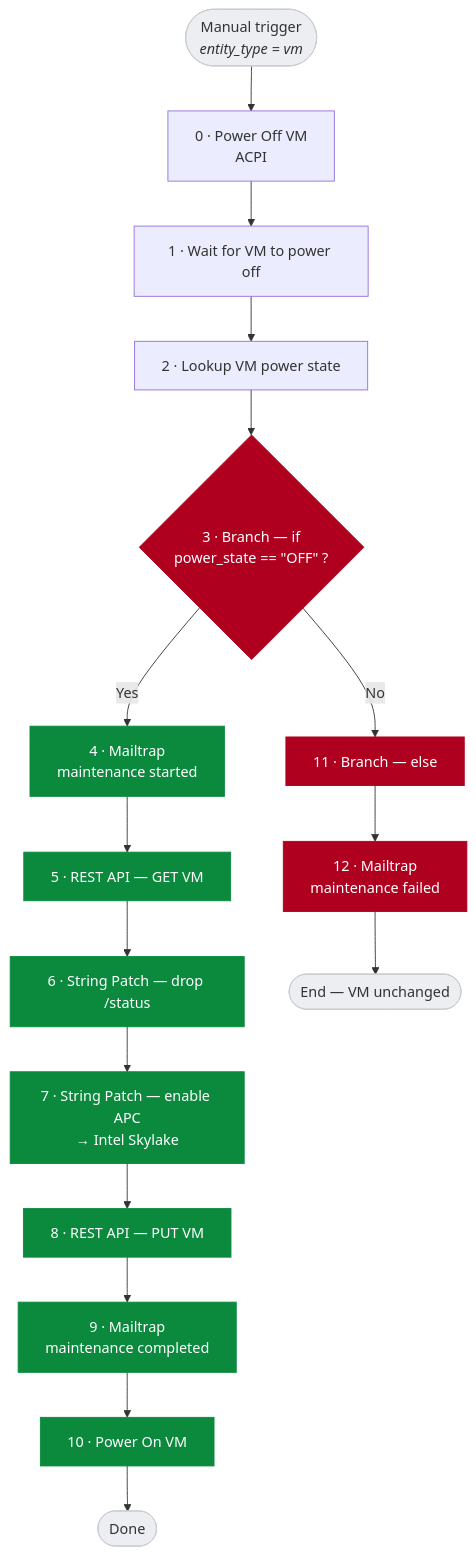
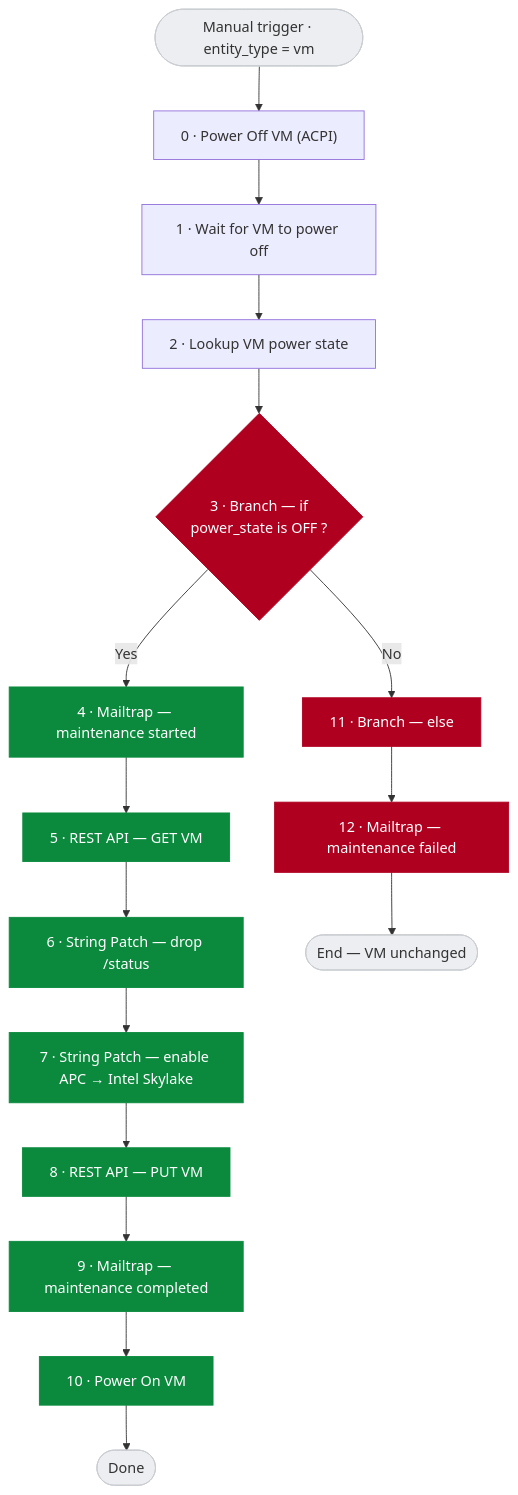
The diagram in x-playbooks/advanced-processor-compatibility/README.md (fernandoquinino-ntx/ntnx-xplay-repo), drawn with Mermaid before and after one commit.

Commit message:
docs: fix APC Mermaid flow (remove inner quotes that broke rendering)

````diff
--- a/x-playbooks/advanced-processor-compatibility/README.md
+++ b/x-playbooks/advanced-processor-compatibility/README.md
@@ -21,26 +21,25 @@
 ```mermaid
 flowchart TD
-    T([Manual trigger<br/><i>entity_type = vm</i>]) --> A["0 · Power Off VM<br/>ACPI"]
+    T([Manual trigger · entity_type = vm]) --> A["0 · Power Off VM (ACPI)"]
     A --> B["1 · Wait for VM to power off"]
     B --> C["2 · Lookup VM power state"]
-    C --> D{"3 · Branch — if<br/>power_state == &quot;OFF&quot; ?"}
-    D -- Yes --> E["4 · Mailtrap<br/>maintenance started"]
+    C --> D{"3 · Branch — if<br/>power_state is OFF ?"}
+    D -- Yes --> E["4 · Mailtrap — maintenance started"]
     E --> F["5 · REST API — GET VM"]
     F --> G["6 · String Patch — drop /status"]
-    G --> H["7 · String Patch — enable APC<br/>→ Intel Skylake"]
+    G --> H["7 · String Patch — enable APC → Intel Skylake"]
     H --> I["8 · REST API — PUT VM"]
-    I --> J["9 · Mailtrap<br/>maintenance completed"]
+    I --> J["9 · Mailtrap — maintenance completed"]
     J --> K["10 · Power On VM"]
     K --> Z([Done])
     D -- No --> L["11 · Branch — else"]
-    L --> M["12 · Mailtrap<br/>maintenance failed"]
+    L --> M["12 · Mailtrap — maintenance failed"]
     M --> Y([End — VM unchanged])
 
-    classDef host fill:#4b00aa,color:#fff,stroke:#4b00aa;
     classDef ok   fill:#0b8a3e,color:#fff,stroke:#0b8a3e;
     classDef bad  fill:#b00020,color:#fff,stroke:#b00020;
     classDef term fill:#eceef1,color:#333,stroke:#c9ccd1;
     class T,Z,Y term;
     class E,F,G,H,I,J,K ok;
     class D,L,M bad;
 ```
````
